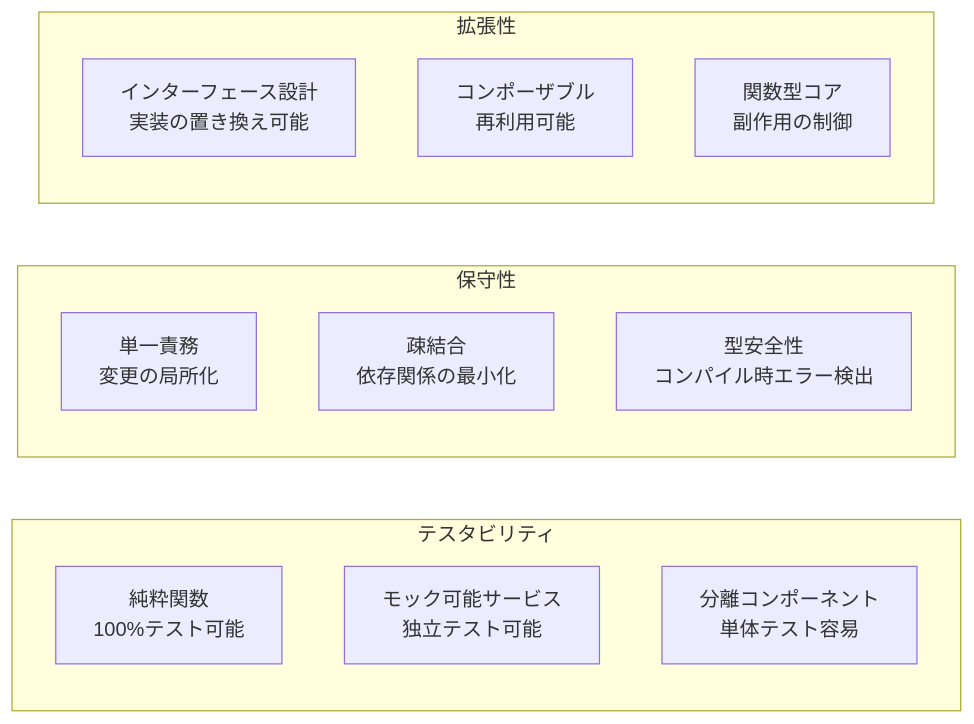
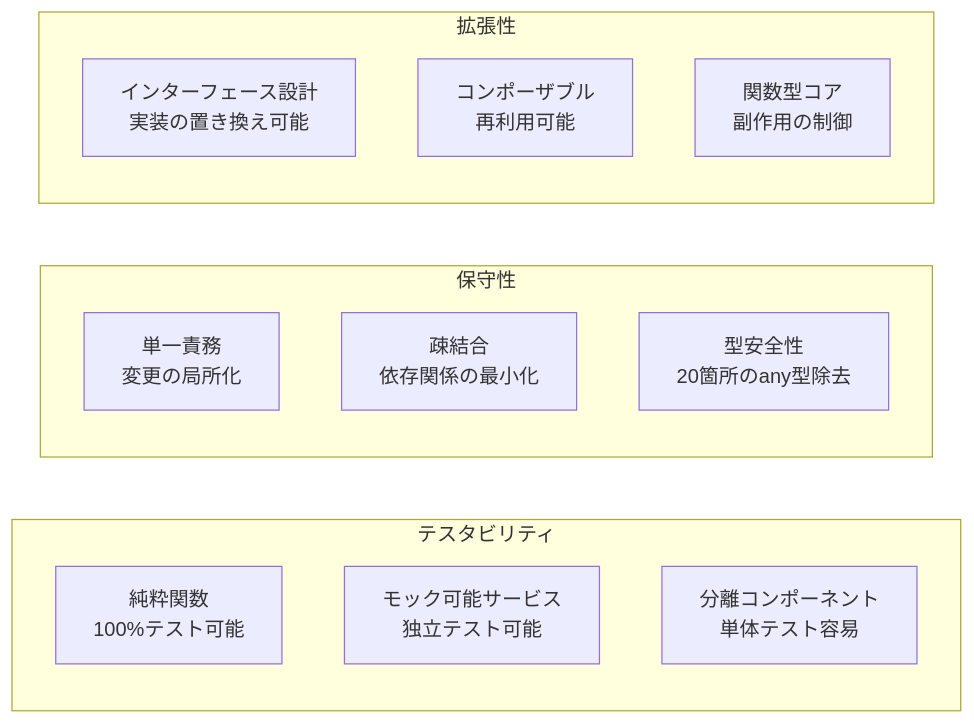
Before and after one commit to okayus/kintone-plugin-template: the tenth of 10 diagrams in docs/configform-detailed-explanation.md, drawn with Mermaid. The commit also changed other lines of this file and 1 other file, not shown here.

````diff
--- a/docs/configform-detailed-explanation.md
+++ b/docs/configform-detailed-explanation.md
@@ -747,20 +887,20 @@
 ```mermaid
 graph LR
     subgraph "テスタビリティ"
         PureFunctions["純粋関数<br/>100%テスト可能"]
         MockableServices["モック可能サービス<br/>独立テスト可能"]
         IsolatedComponents["分離コンポーネント<br/>単体テスト容易"]
     end
     
     subgraph "保守性"
         SingleResp["単一責務<br/>変更の局所化"]
         LooseCoupling["疎結合<br/>依存関係の最小化"]
-        TypeSafety["型安全性<br/>コンパイル時エラー検出"]
+        TypeSafety["型安全性<br/>20箇所のany型除去"]
     end
     
     subgraph "拡張性"
         InterfaceBased["インターフェース設計<br/>実装の置き換え可能"]
         ComposableComponents["コンポーザブル<br/>再利用可能"]
         FunctionalCore["関数型コア<br/>副作用の制御"]
     end
 ```
````
